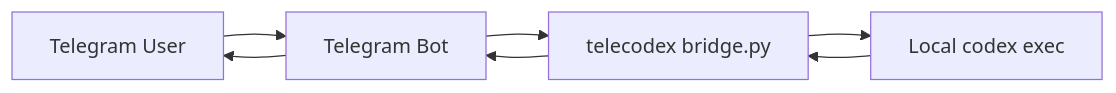
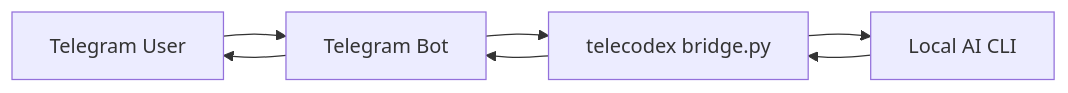
Before and after one commit to Hiroki-Nagao/pocketrelay: the diagram in README.md, drawn with Mermaid. The commit also changed other lines of this file and 3 other files, not shown here.

````diff
--- a/README.md
+++ b/README.md
@@ -30,9 +29,9 @@
 ```mermaid
 flowchart LR
     U[Telegram User] --> B[Telegram Bot]
     B --> T[telecodex bridge.py]
-    T --> C[Local codex exec]
+    T --> C[Local AI CLI]
     C --> T
     T --> B
     B --> U
 ```
````
